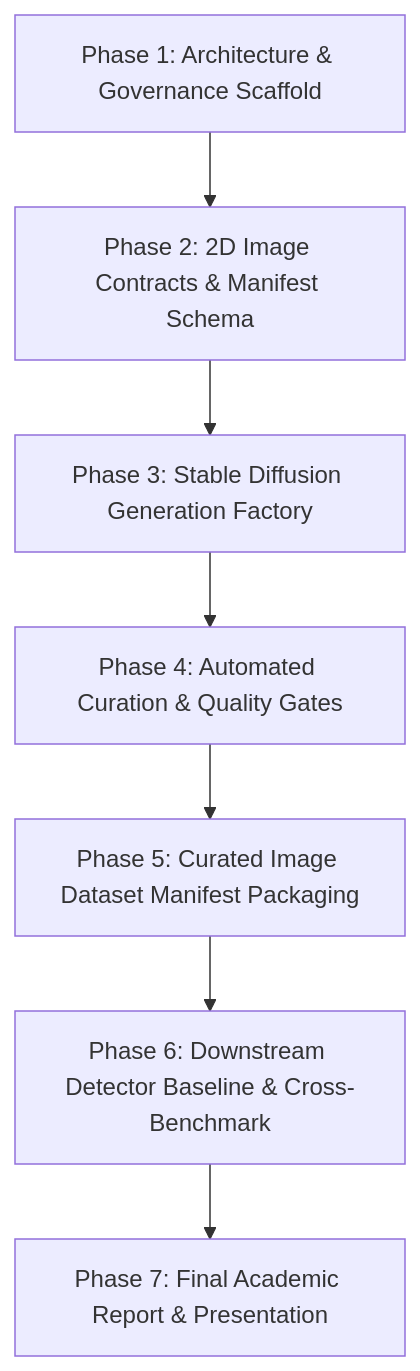
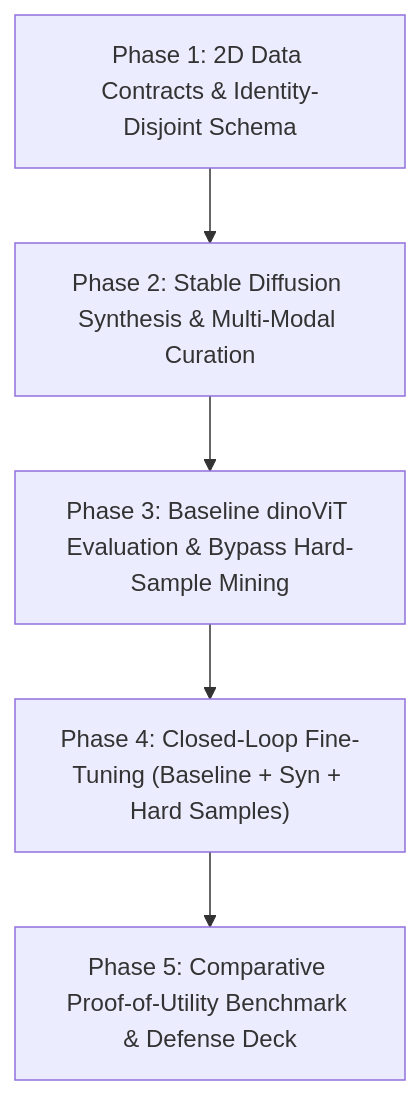
The diagram in docs/progress/PROJECT_ROADMAP.md (bush-le/uth-cv-coursework), drawn with Mermaid before and after one commit. The commit also changed other lines of this file and 62 other files, not shown here.

First line of the commit message:
Refactor tests and implement hard-sample mining for dinoViT detector

````diff
--- a/docs/progress/PROJECT_ROADMAP.md
+++ b/docs/progress/PROJECT_ROADMAP.md
@@ -15,9 +15,7 @@
 ```mermaid
 flowchart TD
-    P1["Phase 1: Architecture & Governance Scaffold"] --> P2["Phase 2: 2D Image Contracts & Manifest Schema"]
-    P2 --> P3["Phase 3: Stable Diffusion Generation Factory"]
-    P3 --> P4["Phase 4: Automated Curation & Quality Gates"]
-    P4 --> P5["Phase 5: Curated Image Dataset Manifest Packaging"]
-    P5 --> P6["Phase 6: Downstream Detector Baseline & Cross-Benchmark"]
-    P6 --> P7["Phase 7: Final Academic Report & Presentation"]
+    P1["Phase 1: 2D Data Contracts & Identity-Disjoint Schema"] --> P2["Phase 2: Stable Diffusion Synthesis & Multi-Modal Curation"]
+    P2 --> P3["Phase 3: Baseline dinoViT Evaluation & Bypass Hard-Sample Mining"]
+    P3 --> P4["Phase 4: Closed-Loop Fine-Tuning (Baseline + Syn + Hard Samples)"]
+    P4 --> P5["Phase 5: Comparative Proof-of-Utility Benchmark & Defense Deck"]
 ```
````
